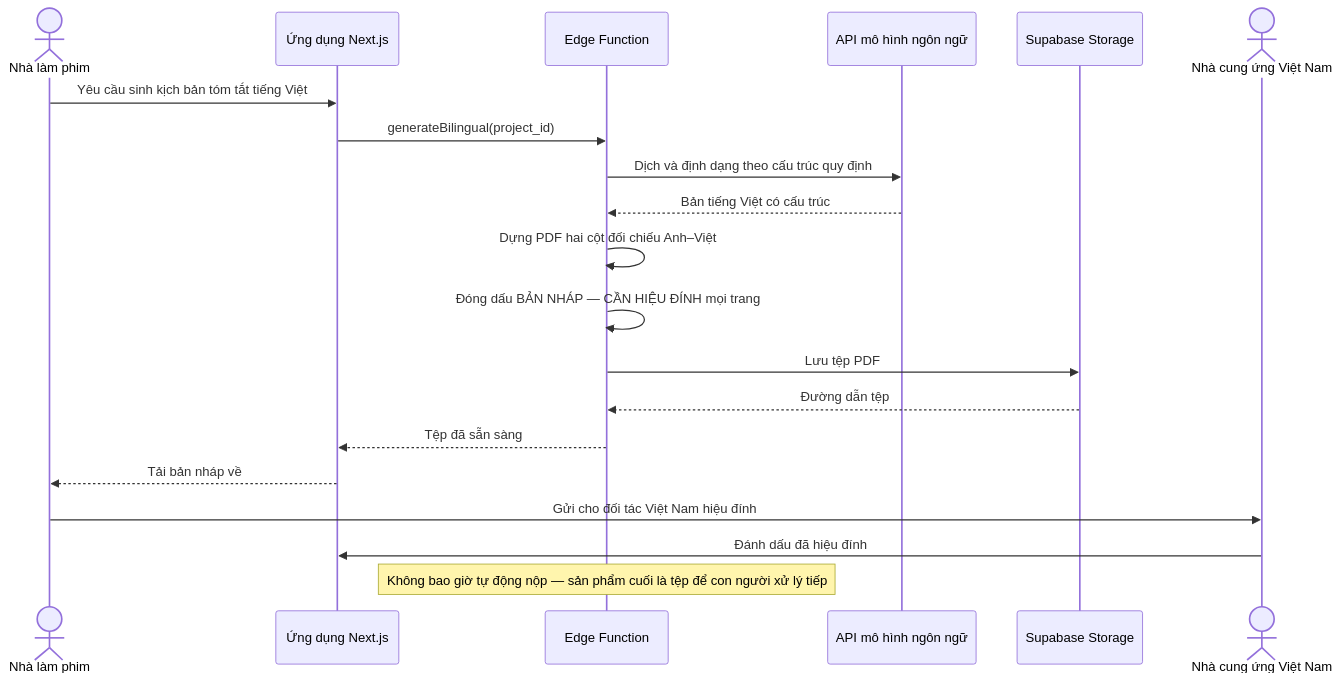
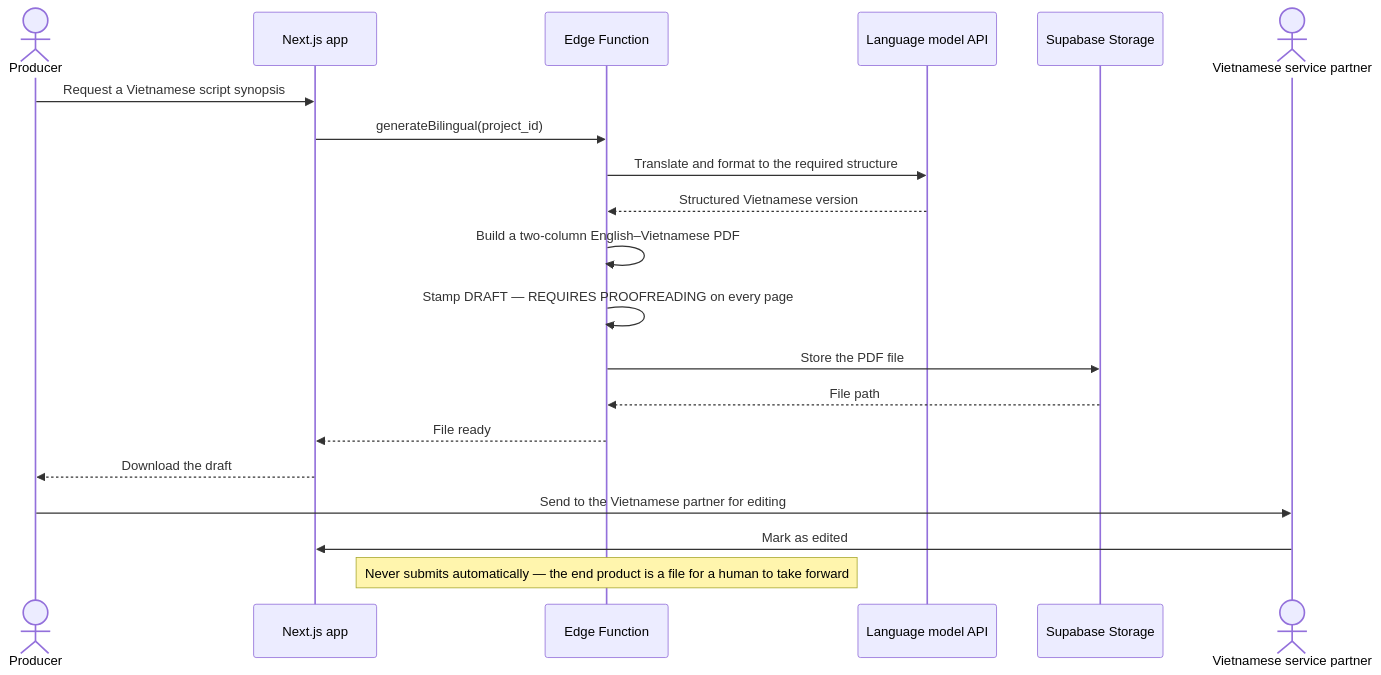
Before and after one commit to namnt2005/CINEMATCH-DBIZ3.TeamC: the tenth of 12 diagrams in docs/architecture/sequence-diagrams.md, drawn with Mermaid. The commit also changed other lines of this file and 92 other files, not shown here.

Commit message:
docs: translate docs to English, move open questions out of the repo, add tools README

````diff
--- a/docs/architecture/sequence-diagrams.md
+++ b/docs/architecture/sequence-diagrams.md
@@ -299,23 +300,23 @@
 ```mermaid
 sequenceDiagram
-    actor U as Nhà làm phim
-    participant FE as Ứng dụng Next.js
+    actor U as Producer
+    participant FE as Next.js app
     participant EF as Edge Function
-    participant AI as API mô hình ngôn ngữ
+    participant AI as Language model API
     participant ST as Supabase Storage
-    actor PT as Nhà cung ứng Việt Nam
+    actor PT as Vietnamese service partner
 
-    U->>FE: Yêu cầu sinh kịch bản tóm tắt tiếng Việt
+    U->>FE: Request a Vietnamese script synopsis
     FE->>EF: generateBilingual(project_id)
-    EF->>AI: Dịch và định dạng theo cấu trúc quy định
-    AI-->>EF: Bản tiếng Việt có cấu trúc
-    EF->>EF: Dựng PDF hai cột đối chiếu Anh–Việt
-    EF->>EF: Đóng dấu BẢN NHÁP — CẦN HIỆU ĐÍNH mọi trang
-    EF->>ST: Lưu tệp PDF
-    ST-->>EF: Đường dẫn tệp
-    EF-->>FE: Tệp đã sẵn sàng
-    FE-->>U: Tải bản nháp về
-    U->>PT: Gửi cho đối tác Việt Nam hiệu đính
-    PT->>FE: Đánh dấu đã hiệu đính
-    Note over EF: Không bao giờ tự động nộp — sản phẩm cuối là tệp để con người xử lý tiếp
+    EF->>AI: Translate and format to the required structure
+    AI-->>EF: Structured Vietnamese version
+    EF->>EF: Build a two-column English–Vietnamese PDF
+    EF->>EF: Stamp DRAFT — REQUIRES PROOFREADING on every page
+    EF->>ST: Store the PDF file
+    ST-->>EF: File path
+    EF-->>FE: File ready
+    FE-->>U: Download the draft
+    U->>PT: Send to the Vietnamese partner for editing
+    PT->>FE: Mark as edited
+    Note over EF: Never submits automatically — the end product is a file for a human to take forward
 ```
````
